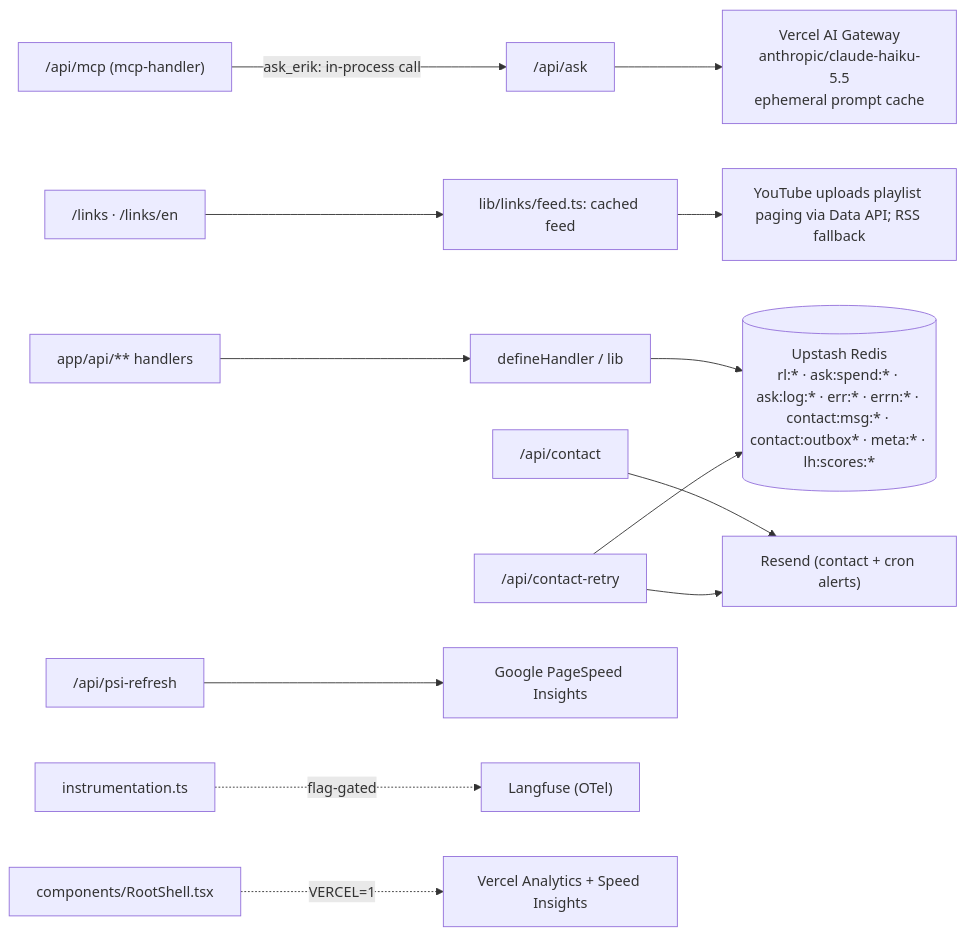
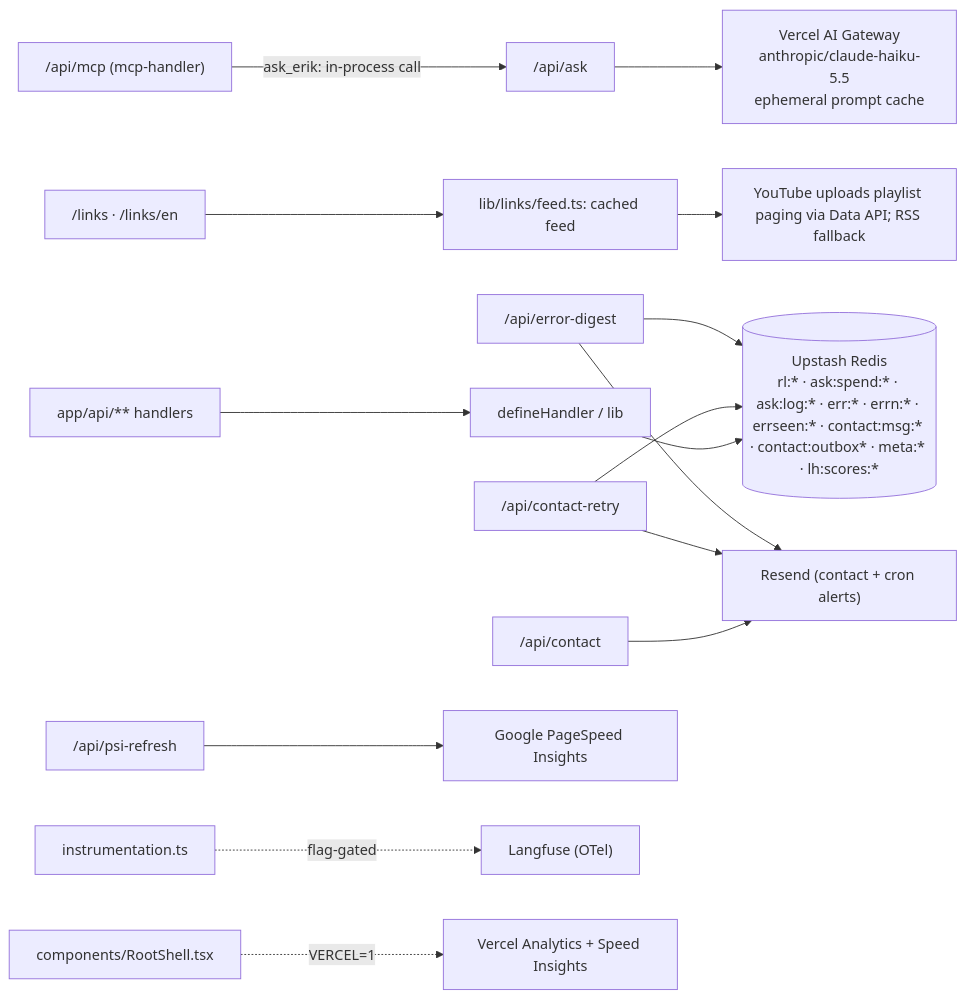
One commit to erikunha/portfolio changed the diagram in docs/05-api-and-integrations.md. Above: the diagram before and after it, drawn with Mermaid. The commit also changed other lines of this file and 9 other files, not shown here.

````diff
--- a/docs/05-api-and-integrations.md
+++ b/docs/05-api-and-integrations.md
@@ -88,15 +89,17 @@
 ```mermaid
 flowchart LR
     routes["app/api/** handlers"] --> defh["defineHandler / lib"]
-    defh --> redis[("Upstash Redis<br/>rl:* · ask:spend:* · ask:log:* · err:* · errn:* · contact:msg:* · contact:outbox* · meta:* · lh:scores:*")]
+    defh --> redis[("Upstash Redis<br/>rl:* · ask:spend:* · ask:log:* · err:* · errn:* · errseen:* · contact:msg:* · contact:outbox* · meta:* · lh:scores:*")]
     ask["/api/ask"] --> gw["Vercel AI Gateway<br/>anthropic/claude-haiku-5.5<br/>ephemeral prompt cache"]
     mcp["/api/mcp (mcp-handler)"] -->|ask_erik: in-process call| ask
     linkpages["/links · /links/en"] --> links["lib/links/feed.ts: cached feed"]
     links --> youtube["YouTube uploads playlist paging via Data API; RSS fallback"]
     contact["/api/contact"] --> resend["Resend (contact + cron alerts)"]
     retry["/api/contact-retry"] --> redis
     retry --> resend
+    digest["/api/error-digest"] --> redis
+    digest --> resend
     psicron["/api/psi-refresh"] --> psi["Google PageSpeed Insights"]
     instr["instrumentation.ts"] -.flag-gated.-> lf["Langfuse (OTel)"]
     layout["components/RootShell.tsx"] -.VERCEL=1.-> rum["Vercel Analytics + Speed Insights"]
 ```
````
